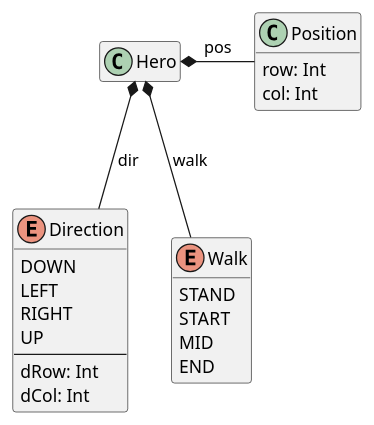
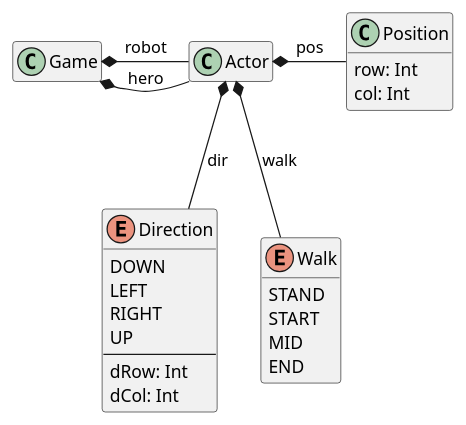
Before and after one commit to isel-leic-pg/2223vLEIC11D: the diagram in HeroGrid/src/diagrams/Types.puml, drawn with PlantUML. The commit also changed 5 other files, not shown here.

```diff
--- a/HeroGrid/src/diagrams/Types.puml
+++ b/HeroGrid/src/diagrams/Types.puml
@@ -1,31 +1,33 @@
 @startuml
 'https://plantuml.com/class-diagram
 
 hide empty members
 
-Hero *- Position : pos
-Hero *-- Direction : dir
-Hero *-- Walk : walk
+Game *- Actor: hero
+Game *- Actor: robot
+Actor *- Position : pos
+Actor *-- Direction : dir
+Actor *-- Walk : walk
 
 class Position{
   row: Int
   col: Int
 }
 
 enum Direction{
   DOWN
   LEFT
   RIGHT
   UP
   --
   dRow: Int
   dCol: Int
 }
 
 enum Walk {
     STAND
     START
     MID
     END
 }
 @enduml
```
